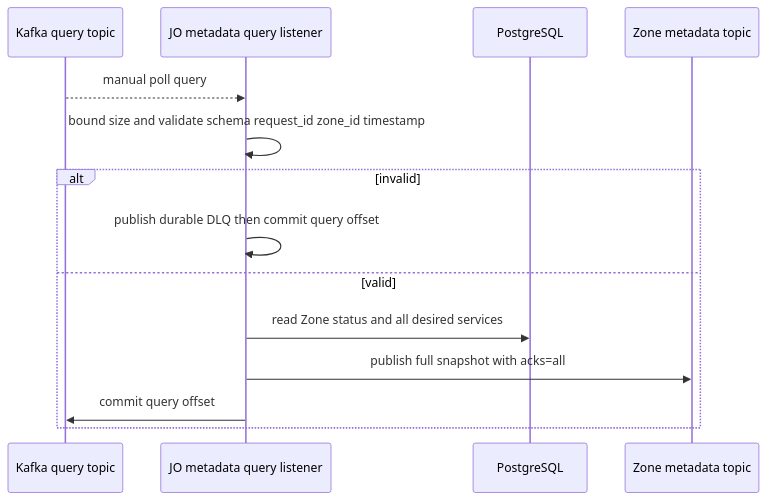
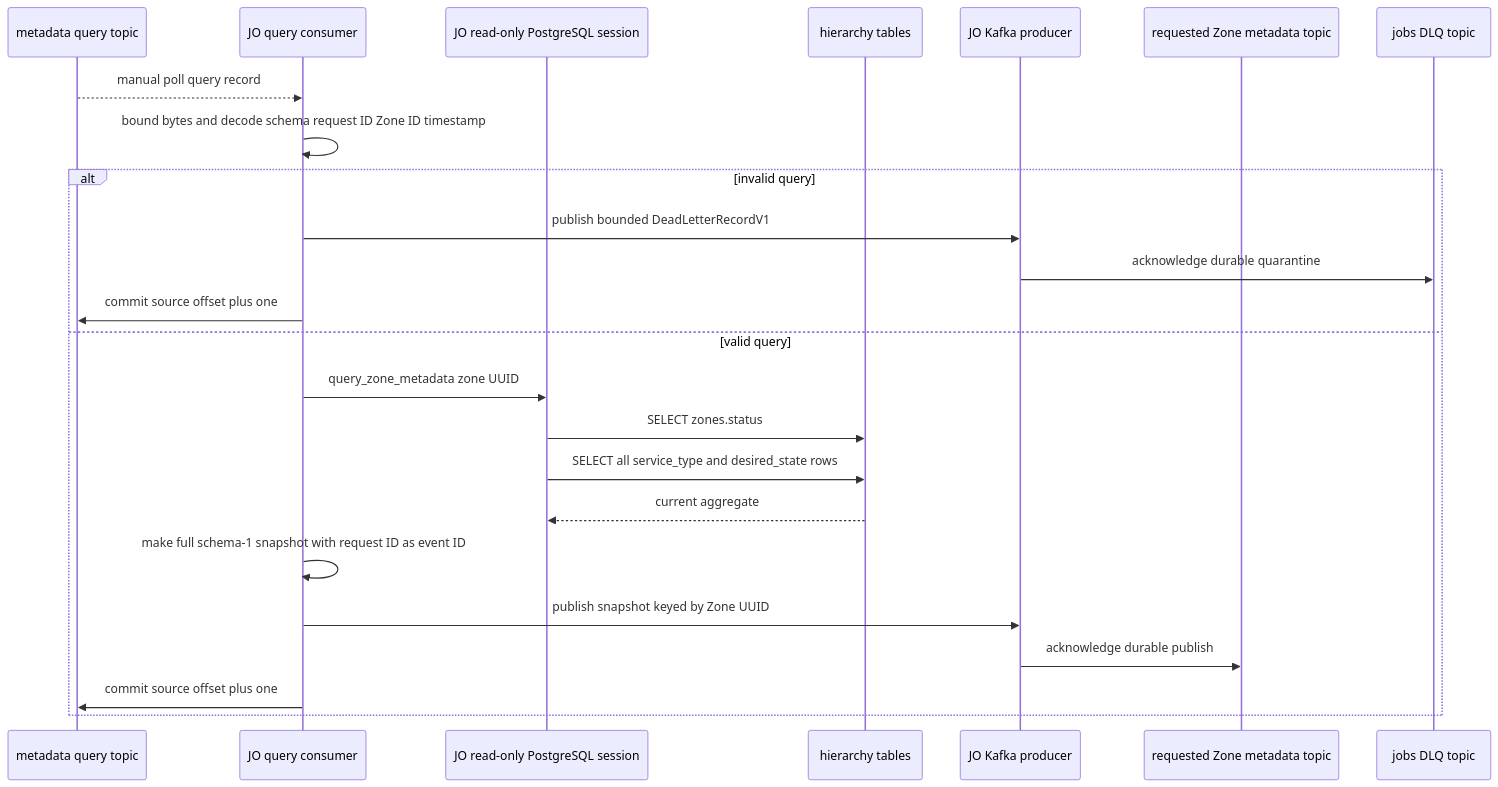
One commit to phucle996/aurora changed the second of 3 diagrams in god_view/zone_runtime/zone_metadata_repair_god_view_workflow.md. Above: the diagram before and after it, drawn with Mermaid. The commit also changed other lines of this file and 68 other files, not shown here.

Commit message:
refactor zone storage transfer and update architecture docs

````diff
--- a/god_view/zone_runtime/zone_metadata_repair_god_view_workflow.md
+++ b/god_view/zone_runtime/zone_metadata_repair_god_view_workflow.md
@@ -51,16 +115,27 @@
 ```mermaid
 sequenceDiagram
-    participant KQ as Kafka query topic
-    participant J as JO metadata query listener
-    participant PG as PostgreSQL
-    participant KM as Zone metadata topic
-    KQ-->>J: manual poll query
-    J->>J: bound size and validate schema request_id zone_id timestamp
-    alt invalid
-        J->>J: publish durable DLQ then commit query offset
-    else valid
-        J->>PG: read Zone status and all desired services
-        J->>KM: publish full snapshot with acks=all
-        J->>KQ: commit query offset
+    participant KQ as metadata query topic
+    participant QC as JO query consumer
+    participant PGRO as JO read-only PostgreSQL session
+    participant PG as hierarchy tables
+    participant KP as JO Kafka producer
+    participant KM as requested Zone metadata topic
+    participant DLQ as jobs DLQ topic
+
+    KQ-->>QC: manual poll query record
+    QC->>QC: bound bytes and decode schema request ID Zone ID timestamp
+    alt invalid query
+        QC->>KP: publish bounded DeadLetterRecordV1
+        KP->>DLQ: acknowledge durable quarantine
+        QC->>KQ: commit source offset plus one
+    else valid query
+        QC->>PGRO: query_zone_metadata zone UUID
+        PGRO->>PG: SELECT zones.status
+        PGRO->>PG: SELECT all service_type and desired_state rows
+        PG-->>PGRO: current aggregate
+        QC->>QC: make full schema-1 snapshot with request ID as event ID
+        QC->>KP: publish snapshot keyed by Zone UUID
+        KP->>KM: acknowledge durable publish
+        QC->>KQ: commit source offset plus one
     end
 ```
````
